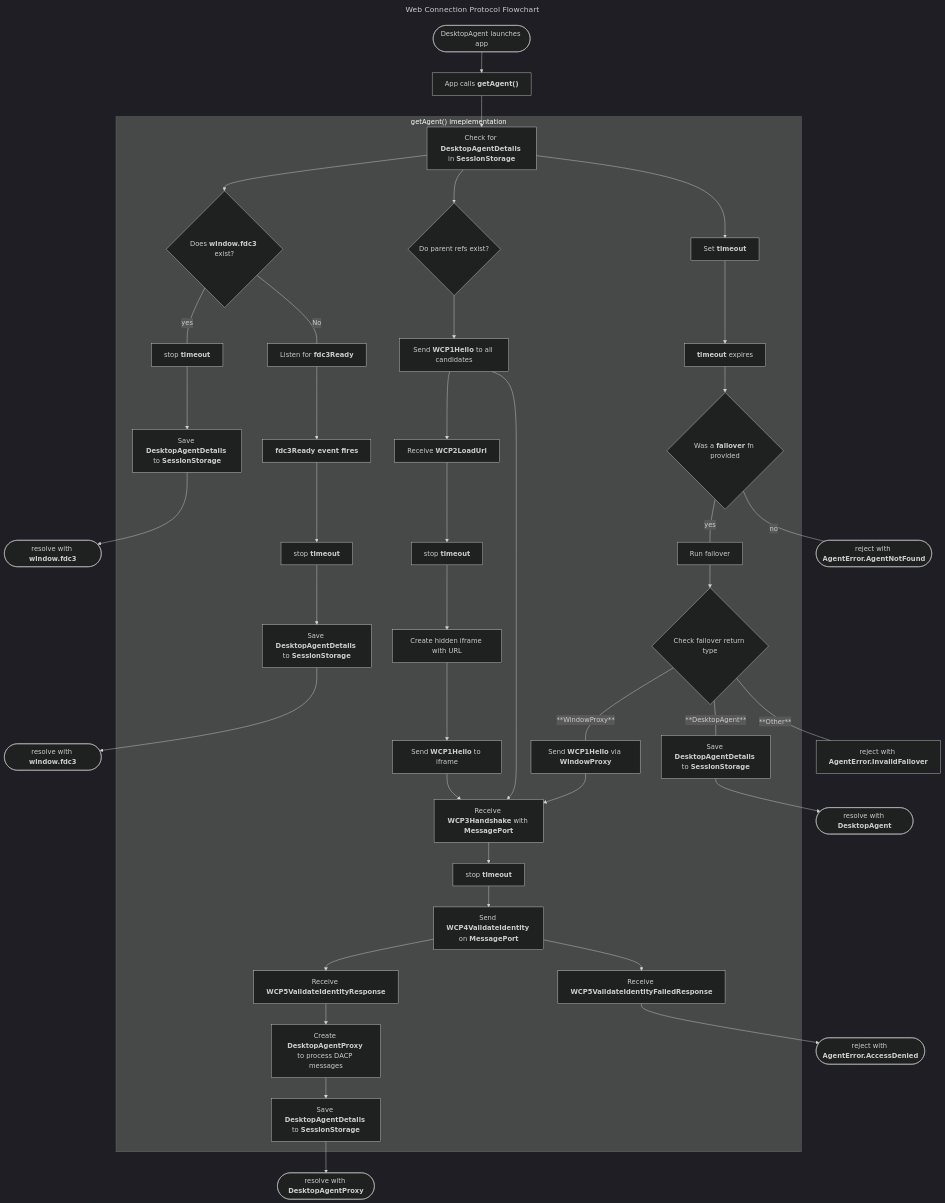
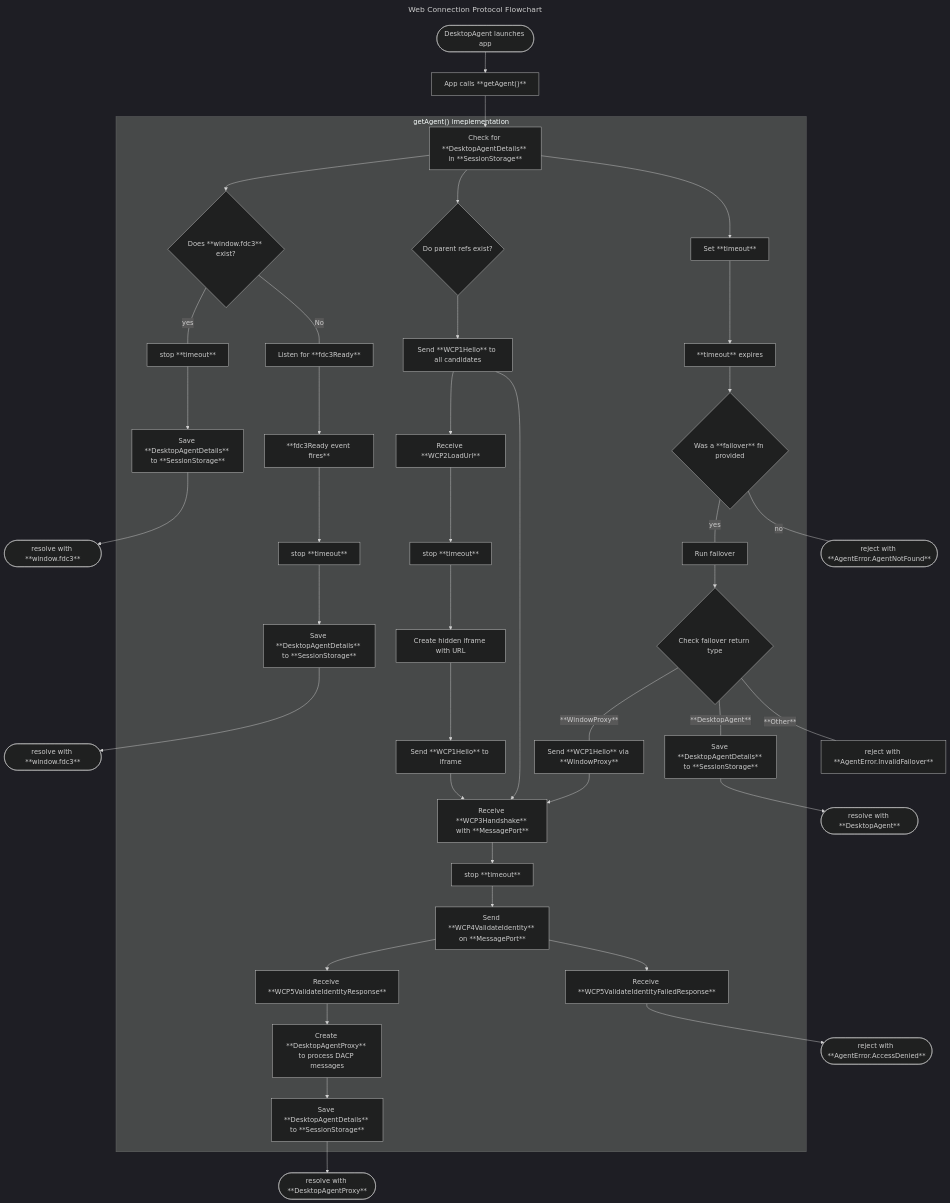
One commit to finos/FDC3 changed the first of 2 diagrams in docs/api/specs/webConnectionProtocol.md. Above: the diagram before and after it, drawn with Mermaid (dark theme).

Commit message:
fix rendering of WCP diagram in docusaurus

````diff
--- a/docs/api/specs/webConnectionProtocol.md
+++ b/docs/api/specs/webConnectionProtocol.md
@@ -257,49 +257,49 @@
 ```mermaid
 ---
 title: "Web Connection Protocol Flowchart" 
 ---
 flowchart TD
-    A1([DesktopAgent launches app]) --> A2["`App calls **getAgent()**`"]
-    A2 --> A3["`Check for **DesktopAgentDetails** in **SessionStorage**`"]
+    A1([DesktopAgent launches app]) --> A2["App calls **getAgent()**"]
+    A2 --> A3["Check for **DesktopAgentDetails** in **SessionStorage**"]
 
     subgraph "getAgent() imeplementation"
-      A3 --> P1{"`Does **window.fdc3** exist?`"}
-      P1 ---|yes|P2["`stop **timeout**`"]
-      P2 --> P21["`Save **DesktopAgentDetails** to **SessionStorage**`"]
-      P1 ---|No|P3["`Listen for **fdc3Ready**`"]
-      P3 --> P31["`**fdc3Ready event fires**`"]
-      P31 --> P32["`stop **timeout**`"]
-      P32 --> P33["`Save **DesktopAgentDetails** to **SessionStorage**`"]
+      A3 --> P1{"Does **window.fdc3** exist?"}
+      P1 ---|yes|P2["stop **timeout**"]
+      P2 --> P21["Save **DesktopAgentDetails** to **SessionStorage**"]
+      P1 ---|No|P3["Listen for **fdc3Ready**"]
+      P3 --> P31["**fdc3Ready event fires**"]
+      P31 --> P32["stop **timeout**"]
+      P32 --> P33["Save **DesktopAgentDetails** to **SessionStorage**"]
       
-      A3 --> B1{"`Do parent refs exist?`"}
-      B1 --> B11["`Send **WCP1Hello** to all candidates`"]
-      B11 --> B2["`Receive **WCP2LoadUrl**`"]
-      B2 --> B21["`stop **timeout**`"]
-      B21 --> B22["`Create hidden iframe with URL`"]
-      B22 --> B23["`Send **WCP1Hello** to iframe`"]
-      B23 --> B3["`Receive **WCP3Handshake** with **MessagePort**`"]
-      B3 --> B31["`stop **timeout**`"]
+      A3 --> B1{"Do parent refs exist?"}
+      B1 --> B11["Send **WCP1Hello** to all candidates"]
+      B11 --> B2["Receive **WCP2LoadUrl**"]
+      B2 --> B21["stop **timeout**"]
+      B21 --> B22["Create hidden iframe with URL"]
+      B22 --> B23["Send **WCP1Hello** to iframe"]
+      B23 --> B3["Receive **WCP3Handshake** with **MessagePort**"]
+      B3 --> B31["stop **timeout**"]
       B11 --> B3
-      B31 --> B32["`Send **WCP4ValidateIdentity** on **MessagePort**`"]
-      B32 --> B321["`Receive **WCP5ValidateIdentityResponse**`"]
-      B321 --> B3211["`Create **DesktopAgentProxy** to process DACP messages`"]
-      B3211 --> B3212["`Save **DesktopAgentDetails** to **SessionStorage**`"]
-      B32 --> B322["`Receive **WCP5ValidateIdentityFailedResponse**`"]
+      B31 --> B32["Send **WCP4ValidateIdentity** on **MessagePort**"]
+      B32 --> B321["Receive **WCP5ValidateIdentityResponse**"]
+      B321 --> B3211["Create **DesktopAgentProxy** to process DACP messages"]
+      B3211 --> B3212["Save **DesktopAgentDetails** to **SessionStorage**"]
+      B32 --> B322["Receive **WCP5ValidateIdentityFailedResponse**"]
       
-      A3 --> T1["`Set **timeout**`"]
-      T1 --> T2["`**timeout** expires`"]
-      T2 --> T3{"`Was a **failover** fn provided`"}
-      T3 ---|yes|T31["`Run failover`"]
-      T31 --> T311{"`Check failover return type`"}
-      T311 ---|**WindowProxy**|T3111["`Send **WCP1Hello** via **WindowProxy**`"]
-      T311 ---|**DesktopAgent**|T3112["`Save **DesktopAgentDetails** to **SessionStorage**`"]
+      A3 --> T1["Set **timeout**"]
+      T1 --> T2["**timeout** expires"]
+      T2 --> T3{"Was a **failover** fn provided"}
+      T3 ---|yes|T31["Run failover"]
+      T31 --> T311{"Check failover return type"}
+      T311 ---|**WindowProxy**|T3111["Send **WCP1Hello** via **WindowProxy**"]
+      T311 ---|**DesktopAgent**|T3112["Save **DesktopAgentDetails** to **SessionStorage**"]
       T3111 --> B3
     end
-    P21 -->P22(["`resolve with **window.fdc3**`"])
-    P33 -->P34(["`resolve with **window.fdc3**`"])
-    B3212 --> B3213(["`resolve with **DesktopAgentProxy**`"])
-    B322 --> B3221(["`reject with **AgentError.AccessDenied**`"])
-    T3112 --> T31121(["`resolve with **DesktopAgent**`"])
-    T3 ---|no|T32(["`reject with **AgentError.AgentNotFound**`"])
-    T311 ---|**Other**|T3113["`reject with **AgentError.InvalidFailover**`"]
+    P21 -->P22(["resolve with **window.fdc3**"])
+    P33 -->P34(["resolve with **window.fdc3**"])
+    B3212 --> B3213(["resolve with **DesktopAgentProxy**"])
+    B322 --> B3221(["reject with **AgentError.AccessDenied**"])
+    T3112 --> T31121(["resolve with **DesktopAgent**"])
+    T3 ---|no|T32(["reject with **AgentError.AgentNotFound**"])
+    T311 ---|**Other**|T3113["reject with **AgentError.InvalidFailover**"]
 ```
````
